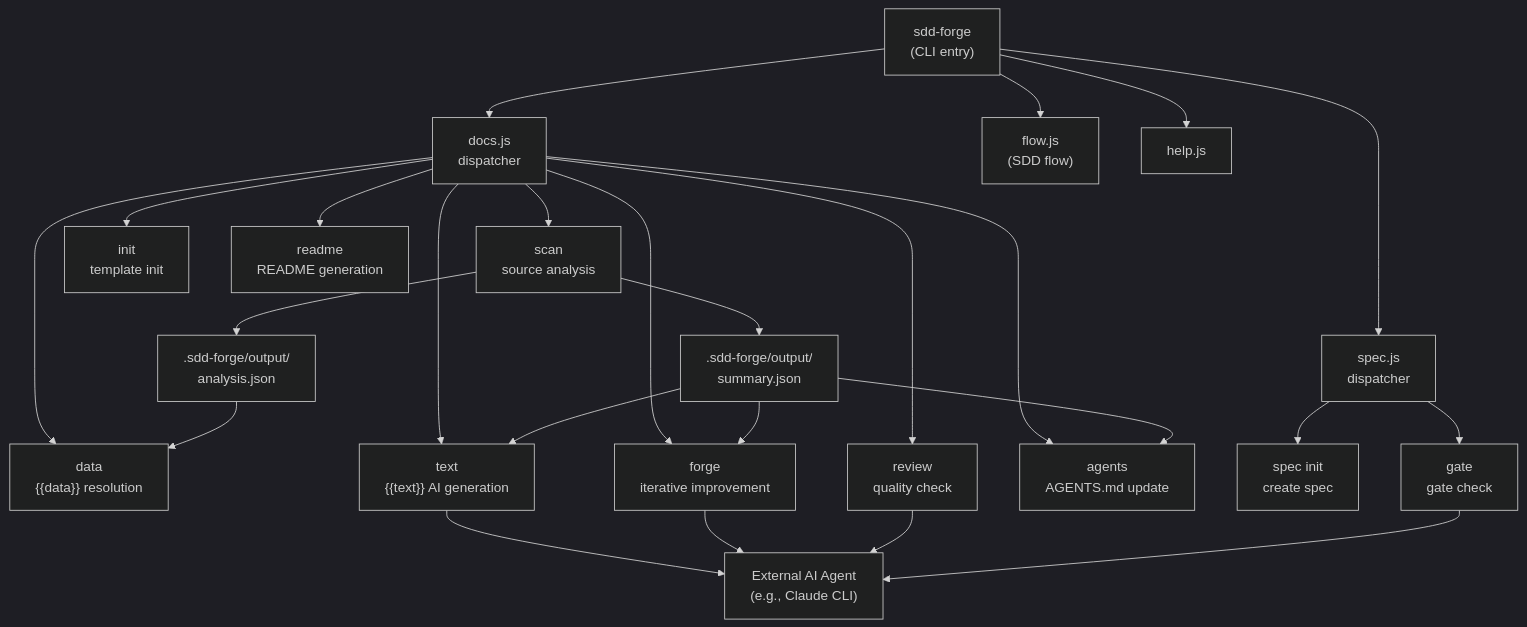
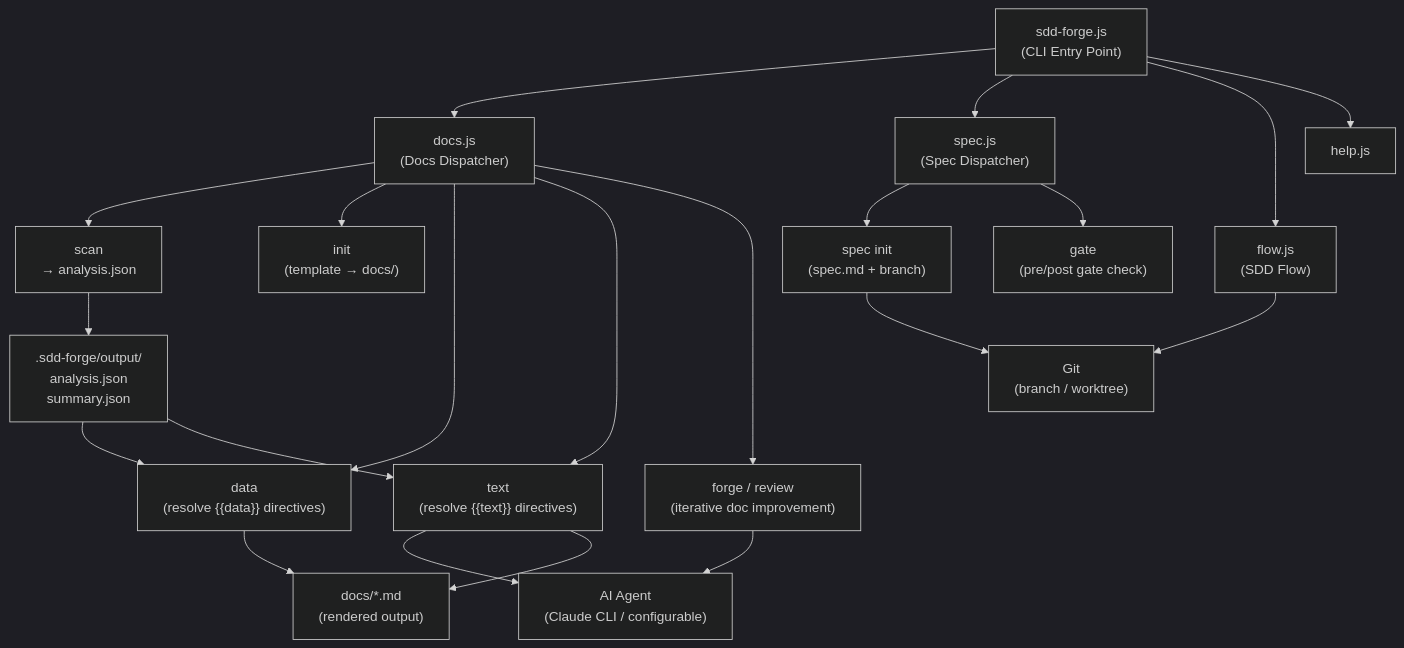
Before and after one commit to SpreadWorks/sdd-forge: the diagram in docs/01_overview.md, drawn with Mermaid (dark theme). The commit also changed other lines of this file and 5 other files, not shown here.

First line of the commit message:
docs: add Product Philosophy to AGENTS.md and update architecture discussion

````diff
--- a/docs/01_overview.md
+++ b/docs/01_overview.md
@@ -16,34 +17,32 @@
 ```mermaid
 flowchart TD
-    CLI["sdd-forge\n(CLI entry)"]
+    CLI["sdd-forge.js\n(CLI Entry Point)"]
 
-    CLI --> DOCS["docs.js\ndispatcher"]
-    CLI --> SPEC["spec.js\ndispatcher"]
-    CLI --> FLOW["flow.js\n(SDD flow)"]
+    CLI --> DOCS["docs.js\n(Docs Dispatcher)"]
+    CLI --> SPEC["spec.js\n(Spec Dispatcher)"]
+    CLI --> FLOW["flow.js\n(SDD Flow)"]
     CLI --> HELP["help.js"]
 
-    DOCS --> SCAN["scan\nsource analysis"]
-    DOCS --> INIT["init\ntemplate init"]
-    DOCS --> DATA["data\n{{data}} resolution"]
-    DOCS --> TEXT["text\n{{text}} AI generation"]
-    DOCS --> FORGE["forge\niterative improvement"]
-    DOCS --> REVIEW["review\nquality check"]
-    DOCS --> README["readme\nREADME generation"]
-    DOCS --> AGENTS["agents\nAGENTS.md update"]
+    DOCS --> SCAN["scan\n→ analysis.json"]
+    DOCS --> INIT["init\n(template → docs/)"]
+    DOCS --> DATA["data\n(resolve {{data}} directives)"]
+    DOCS --> TEXT["text\n(resolve {{text}} directives)"]
+    DOCS --> FORGE["forge / review\n(iterative doc improvement)"]
 
-    SPEC --> SINIT["spec init\ncreate spec"]
-    SPEC --> GATE["gate\ngate check"]
+    SPEC --> SPECINIT["spec init\n(spec.md + branch)"]
+    SPEC --> GATE["gate\n(pre/post gate check)"]
 
-    SCAN --> ANALYSIS[".sdd-forge/output/\nanalysis.json"]
-    SCAN --> SUMMARY[".sdd-forge/output/\nsummary.json"]
+    SCAN --> AJ[".sdd-forge/output/\nanalysis.json\nsummary.json"]
+    AJ --> DATA
+    AJ --> TEXT
 
-    ANALYSIS --> DATA
-    SUMMARY --> TEXT
-    SUMMARY --> FORGE
-    SUMMARY --> AGENTS
+    TEXT --> AGENT["AI Agent\n(Claude CLI / configurable)"]
+    FORGE --> AGENT
 
-    TEXT --> AGENT["External AI Agent\n(e.g., Claude CLI)"]
-    FORGE --> AGENT
-    REVIEW --> AGENT
-    GATE --> AGENT
+    DATA --> DOCS2["docs/*.md\n(rendered output)"]
+    TEXT --> DOCS2
+
+    GIT["Git\n(branch / worktree)"]
+    FLOW --> GIT
+    SPECINIT --> GIT
 ```
````
